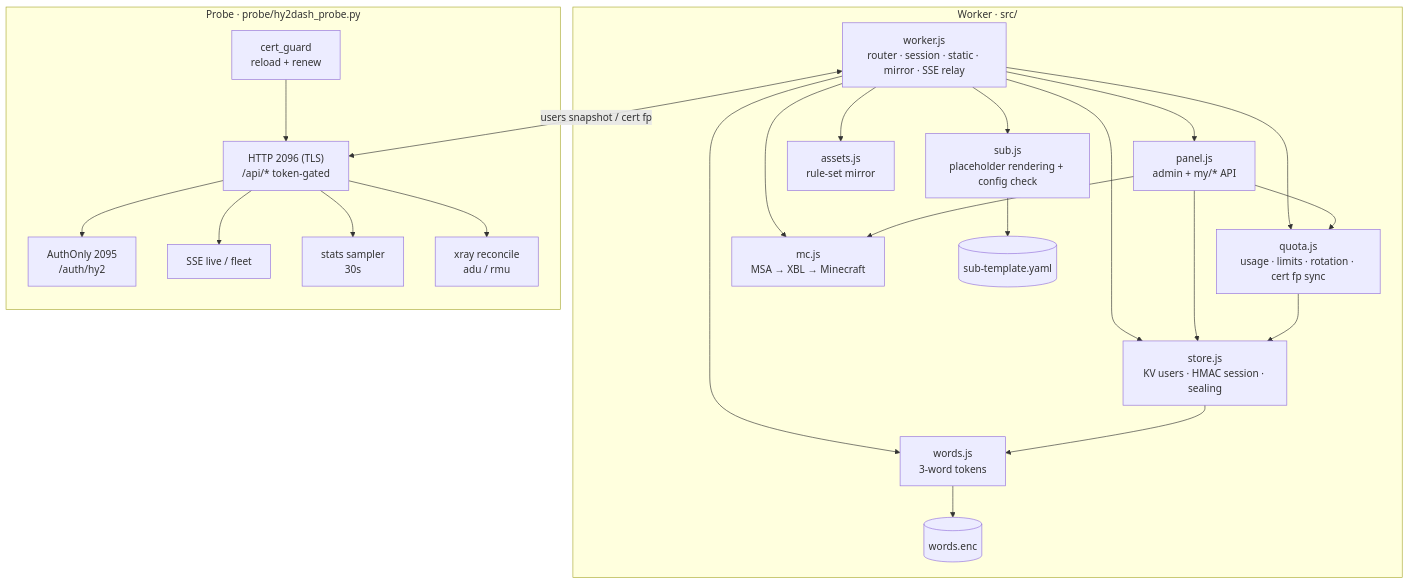
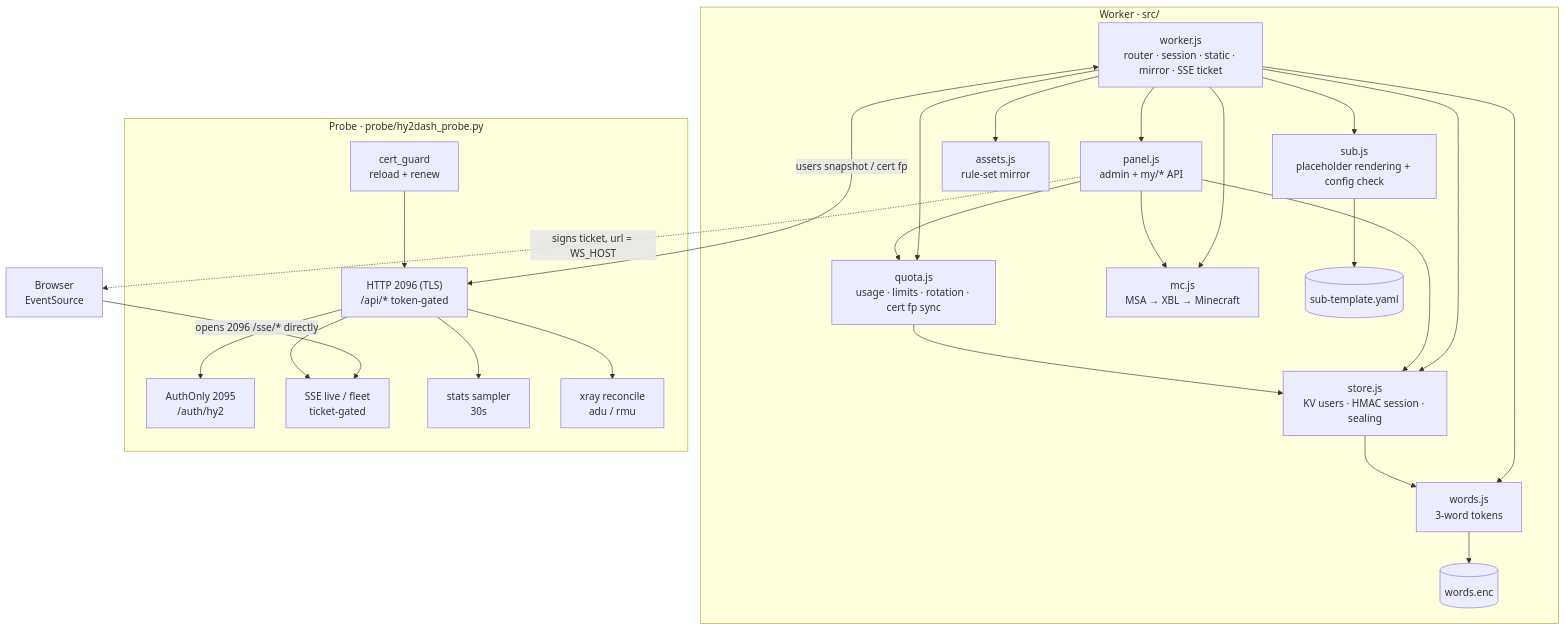
One commit to Bemly/hy2dash changed the second of 2 diagrams in README.md. Above: the diagram before and after it, drawn with Mermaid. The commit also changed other lines of this file and 1 other file, not shown here.

First line of the commit message:
docs(readme): 按实测更正架构图——SSE 不经 Worker，2096 也走边缘

````diff
--- a/README.md
+++ b/README.md
@@ -172,45 +186,49 @@
 ```mermaid
 flowchart TB
   subgraph WK["Worker · src/"]
-    WR["worker.js<br/>router · session · static · mirror · SSE relay"]
+    WR["worker.js<br/>router · session · static · mirror · SSE ticket"]
     PN["panel.js<br/>admin + my/* API"]
     SB["sub.js<br/>placeholder rendering + config check"]
     QT["quota.js<br/>usage · limits · rotation · cert fp sync"]
     ST["store.js<br/>KV users · HMAC session · sealing"]
     MC["mc.js<br/>MSA → XBL → Minecraft"]
     WD["words.js<br/>3-word tokens"]
     AS["assets.js<br/>rule-set mirror"]
     TP[("sub-template.yaml")]
     WE[("words.enc")]
   end
 
   subgraph PB["Probe · probe/hy2dash_probe.py"]
     API["HTTP 2096 (TLS)<br/>/api/* token-gated"]
     AU["AuthOnly 2095<br/>/auth/hy2"]
-    SS["SSE live / fleet"]
+    SS["SSE live / fleet<br/>ticket-gated"]
     SMP["stats sampler<br/>30s"]
     XR2["xray reconcile<br/>adu / rmu"]
     CG["cert_guard<br/>reload + renew"]
   end
+
+  BR["Browser<br/>EventSource"]
 
   WR --> PN
   WR --> SB
   WR --> ST
   WR --> MC
   WR --> WD
   WR --> QT
   WR --> AS
   PN --> ST
   PN --> QT
   PN --> MC
   QT --> ST
   ST --> WD
   SB --> TP
   WD --> WE
   WR <-->|"users snapshot / cert fp"| API
+  PN -.->|"signs ticket, url = WS_HOST"| BR
+  BR -->|"opens 2096 /sse/* directly"| SS
   API --> AU
   API --> SS
   API --> SMP
   API --> XR2
   CG --> API
 ```
````
